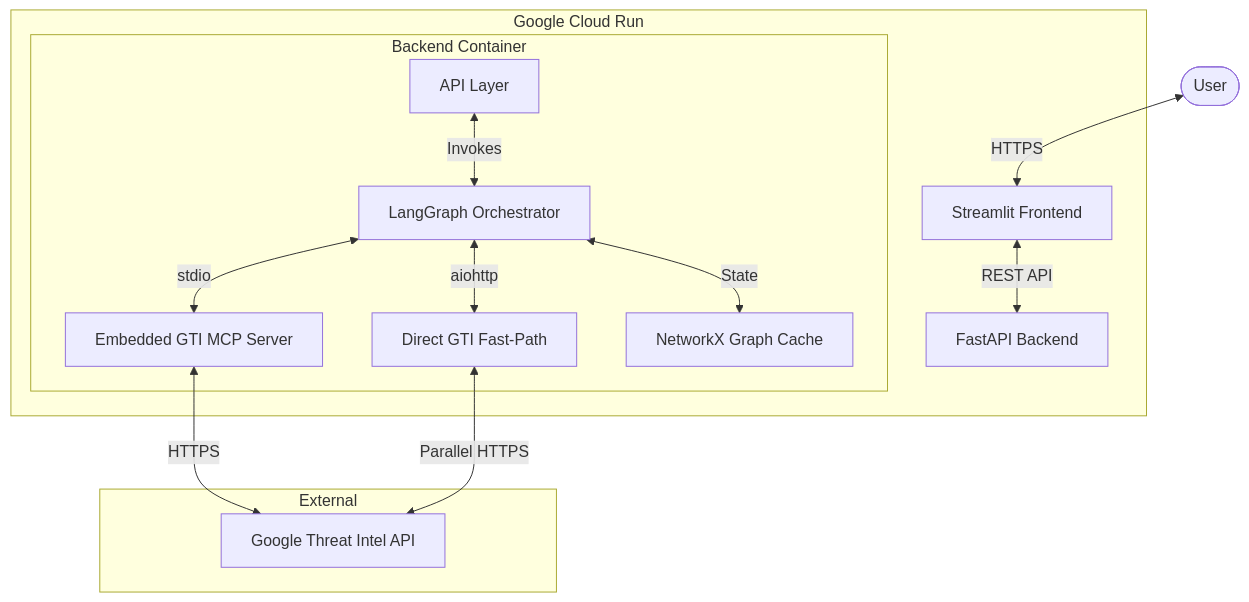
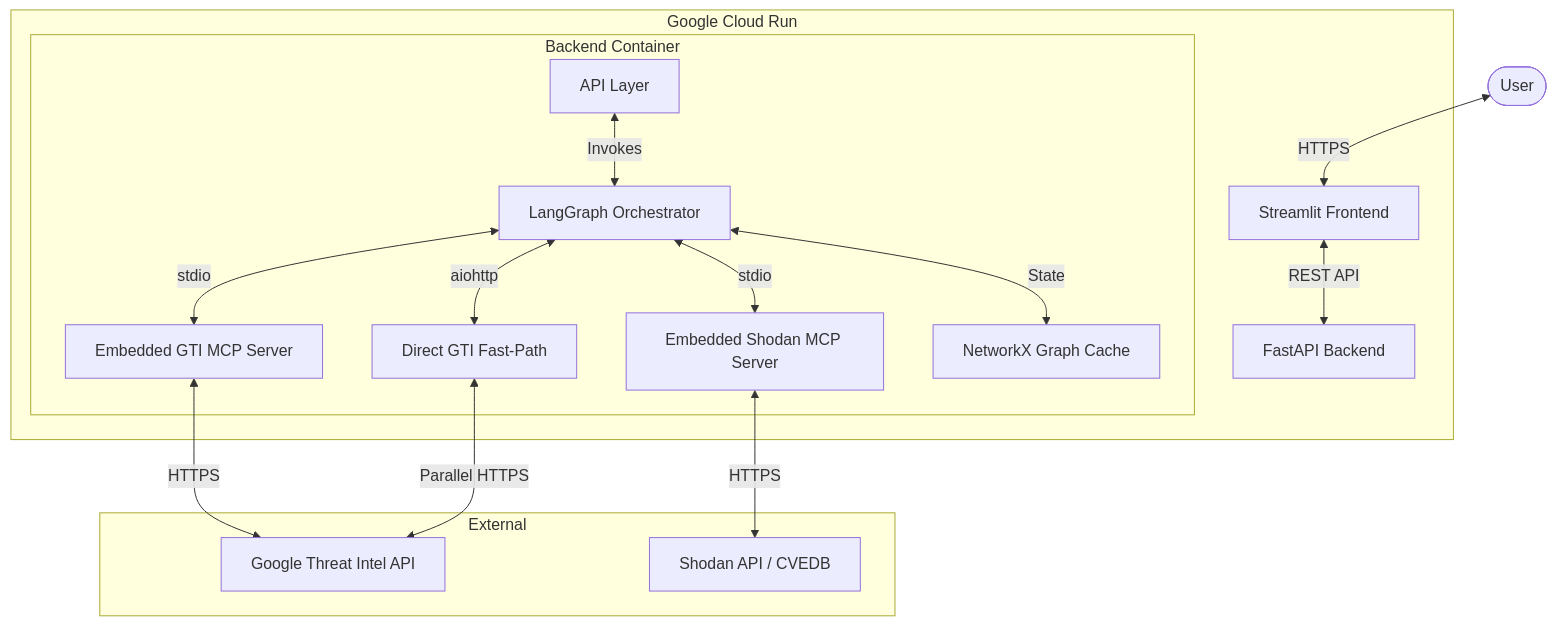
One commit to repulsivityy/project_harimau changed the diagram in docs/architecture.md. Above: the diagram before and after it, drawn with Mermaid. The commit also changed other lines of this file and 15 other files, not shown here.

Commit message:
shodan mcp tool

````diff
--- a/docs/architecture.md
+++ b/docs/architecture.md
@@ -7,20 +7,22 @@
 ```mermaid
 graph TD
     User([User]) <-->|HTTPS| Frontend[Streamlit Frontend]
     
     subgraph "Google Cloud Run"
         Frontend <-->|REST API| Backend[FastAPI Backend]
         
         subgraph "Backend Container"
             BackendAPI[API Layer] <-->|Invokes| LG[LangGraph Orchestrator]
-            LG <-->|stdio| MCP[Embedded GTI MCP Server]
+            LG <-->|stdio| GTIMC[Embedded GTI MCP Server]
+            LG <-->|stdio| ShodanMCP[Embedded Shodan MCP Server]
             LG <-->|aiohttp| DirectAPI[Direct GTI Fast-Path]
             LG <-->|State| Cache[NetworkX Graph Cache]
         end
     end
-    
+
     subgraph "External"
-        MCP <-->|HTTPS| GoogleTI[Google Threat Intel API]
+        GTIMC <-->|HTTPS| GoogleTI[Google Threat Intel API]
         DirectAPI <-->|Parallel HTTPS| GoogleTI
+        ShodanMCP <-->|HTTPS| ShodanAPI[Shodan API / CVEDB]
     end
 ```
````
